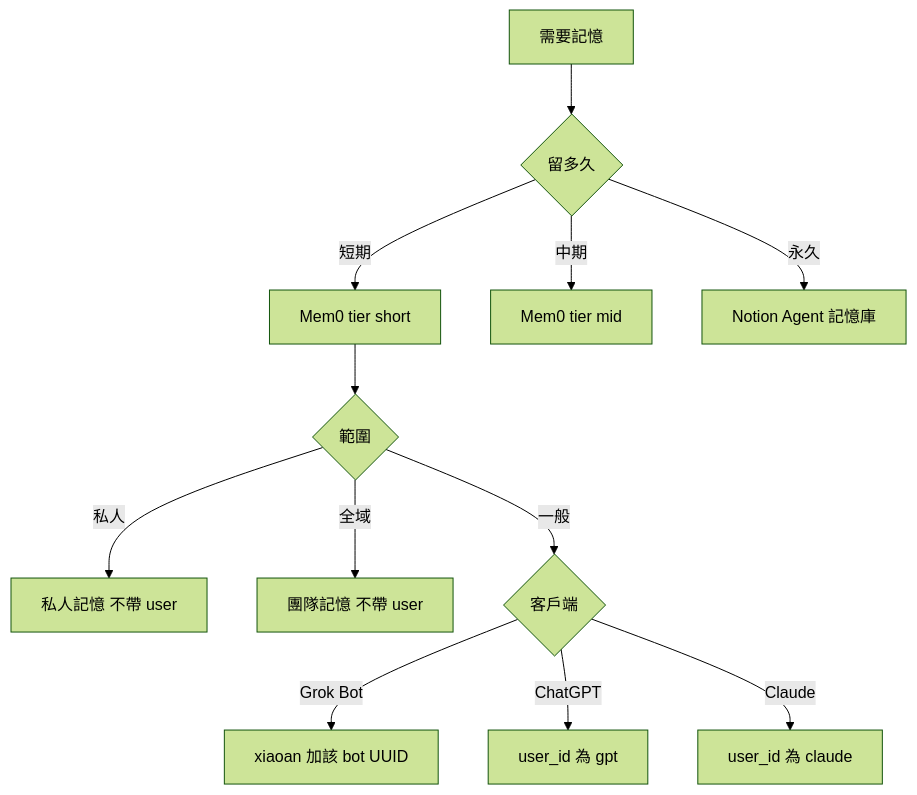
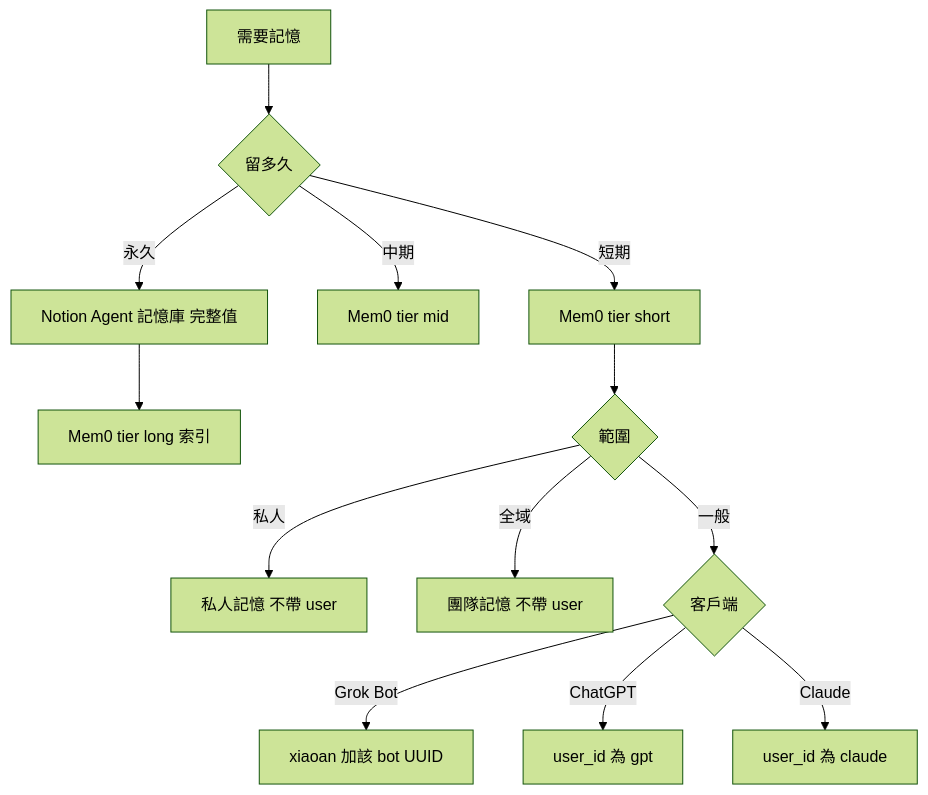
The diagram in my-plugins/my-workflow/skills/my-memory/SKILL.md (VECTOR-COOL/my-agent-toolkit), drawn with Mermaid (forest theme) before and after one commit. The commit also changed other lines of this file and 7 other files, not shown here.

First line of the commit message:
feat(my-memory): 長期改為 Notion 完整值加 Mem0 索引

````diff
--- a/my-plugins/my-workflow/skills/my-memory/SKILL.md
+++ b/my-plugins/my-workflow/skills/my-memory/SKILL.md
@@ -17,14 +17,15 @@
 ```mermaid
 graph TD
   Q[需要記憶] --> T{留多久}
   T -->|短期| M[Mem0 tier short]
   T -->|中期| Mid[Mem0 tier mid]
-  T -->|永久| N[Notion Agent 記憶庫]
+  T -->|永久| N[Notion Agent 記憶庫 完整值]
+  N --> Idx[Mem0 tier long 索引]
   M --> S{範圍}
   S -->|私人| P[私人記憶 不帶 user]
   S -->|全域| G[團隊記憶 不帶 user]
   S -->|一般| C{客戶端}
   C -->|Grok Bot| GA[xiaoan 加該 bot UUID]
   C -->|ChatGPT| GPT[user_id 為 gpt]
   C -->|Claude| CL[user_id 為 claude]
 ```
````
